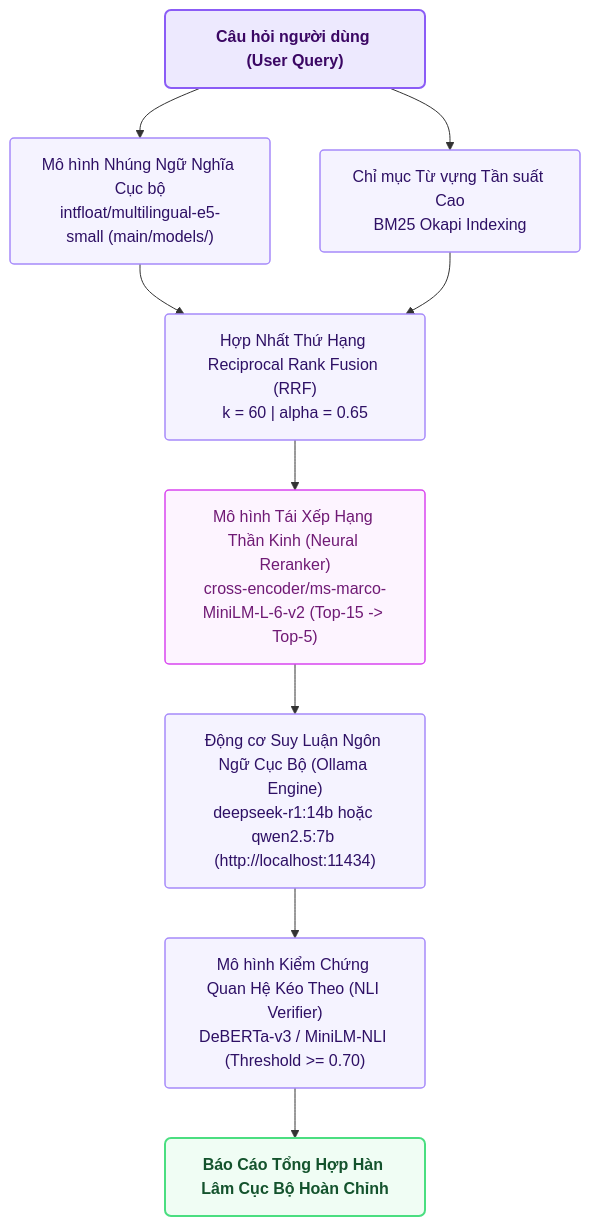
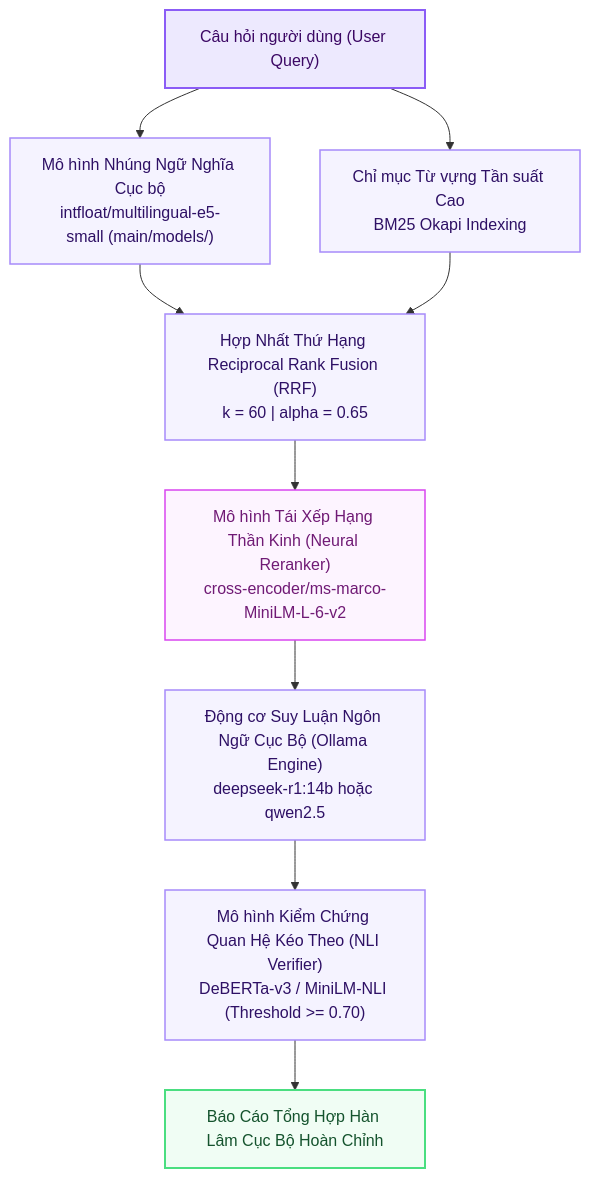
Before and after one commit to ducmanh-jr/Multi-Agent_RAG: the diagram in reports/02_TUY_CHON_2_CPU_MAX.md, drawn with Mermaid. The commit also changed other lines of this file and 8 other files, not shown here.

Commit message:
fix(reports): resolve Mermaid syntax error (remove invalid rx/ry, clean node labels) and decouple Agent 0 from core 5-agent pipeline

````diff
--- a/reports/02_TUY_CHON_2_CPU_MAX.md
+++ b/reports/02_TUY_CHON_2_CPU_MAX.md
@@ -12,25 +12,30 @@
 ```mermaid
 flowchart TD
-    classDef inputNode fill:#ede9fe,stroke:#8b5cf6,stroke-width:2px,color:#3b0764,font-weight:bold,rx:6,ry:6;
-    classDef stepNode fill:#f5f3ff,stroke:#a78bfa,stroke-width:1.5px,color:#2e1065,rx:4,ry:4;
-    classDef rerankNode fill:#fdf4ff,stroke:#d946ef,stroke-width:1.5px,color:#701a75,rx:4,ry:4;
-    classDef outNode fill:#f0fdf4,stroke:#4ade80,stroke-width:2px,color:#14532d,font-weight:bold,rx:6,ry:6;
-
-    Q["Câu hỏi người dùng (User Query)"]:::inputNode
-    DENSE["Mô hình Nhúng Ngữ Nghĩa Cục bộ<br/>intfloat/multilingual-e5-small (main/models/)"]:::stepNode
-    SPARSE["Chỉ mục Từ vựng Tần suất Cao<br/>BM25 Okapi Indexing"]:::stepNode
-    RRF["Hợp Nhất Thứ Hạng Reciprocal Rank Fusion (RRF)<br/>k = 60 | alpha = 0.65"]:::stepNode
-    RERANK["Mô hình Tái Xếp Hạng Thần Kinh (Neural Reranker)<br/>cross-encoder/ms-marco-MiniLM-L-6-v2 (Top-15 -> Top-5)"]:::rerankNode
-    OLLAMA["Động cơ Suy Luận Ngôn Ngữ Cục Bộ (Ollama Engine)<br/>deepseek-r1:14b hoặc qwen2.5:7b (http://localhost:11434)"]:::stepNode
-    NLI["Mô hình Kiểm Chứng Quan Hệ Kéo Theo (NLI Verifier)<br/>DeBERTa-v3 / MiniLM-NLI (Threshold >= 0.70)"]:::stepNode
-    OUT["Báo Cáo Tổng Hợp Hàn Lâm Cục Bộ Hoàn Chỉnh"]:::outNode
+    Q["Câu hỏi người dùng (User Query)"]
+    DENSE["Mô hình Nhúng Ngữ Nghĩa Cục bộ<br/>intfloat/multilingual-e5-small (main/models/)"]
+    SPARSE["Chỉ mục Từ vựng Tần suất Cao<br/>BM25 Okapi Indexing"]
+    RRF["Hợp Nhất Thứ Hạng Reciprocal Rank Fusion (RRF)<br/>k = 60 | alpha = 0.65"]
+    RERANK["Mô hình Tái Xếp Hạng Thần Kinh (Neural Reranker)<br/>cross-encoder/ms-marco-MiniLM-L-6-v2"]
+    OLLAMA["Động cơ Suy Luận Ngôn Ngữ Cục Bộ (Ollama Engine)<br/>deepseek-r1:14b hoặc qwen2.5"]
+    NLI["Mô hình Kiểm Chứng Quan Hệ Kéo Theo (NLI Verifier)<br/>DeBERTa-v3 / MiniLM-NLI (Threshold >= 0.70)"]
+    OUT["Báo Cáo Tổng Hợp Hàn Lâm Cục Bộ Hoàn Chỉnh"]
 
     Q --> DENSE
     Q --> SPARSE
     DENSE --> RRF
     SPARSE --> RRF
     RRF --> RERANK
     RERANK --> OLLAMA
     OLLAMA --> NLI
     NLI --> OUT
+
+    classDef purple fill:#f5f3ff,stroke:#a78bfa,stroke-width:1.5px,color:#2e1065;
+    classDef input fill:#ede9fe,stroke:#8b5cf6,stroke-width:2px,color:#3b0764;
+    classDef green fill:#f0fdf4,stroke:#4ade80,stroke-width:2px,color:#14532d;
+    classDef special fill:#fdf4ff,stroke:#d946ef,stroke-width:1.5px,color:#701a75;
+
+    class Q input;
+    class DENSE,SPARSE,RRF,OLLAMA,NLI purple;
+    class RERANK special;
+    class OUT green;
 ```
````
